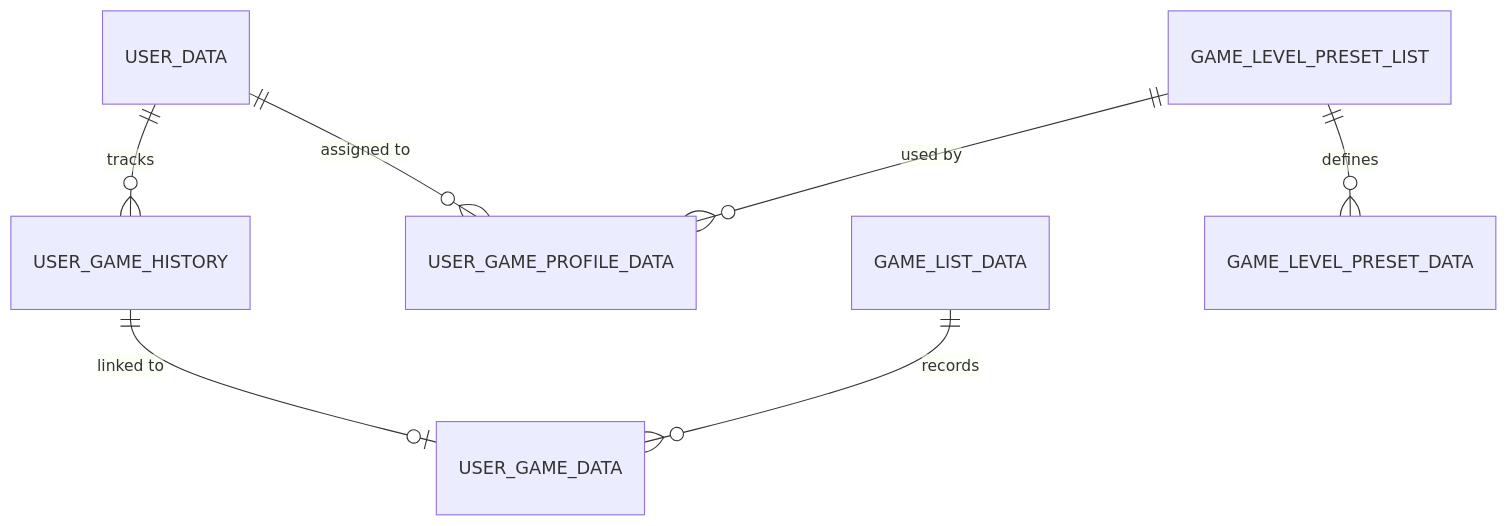
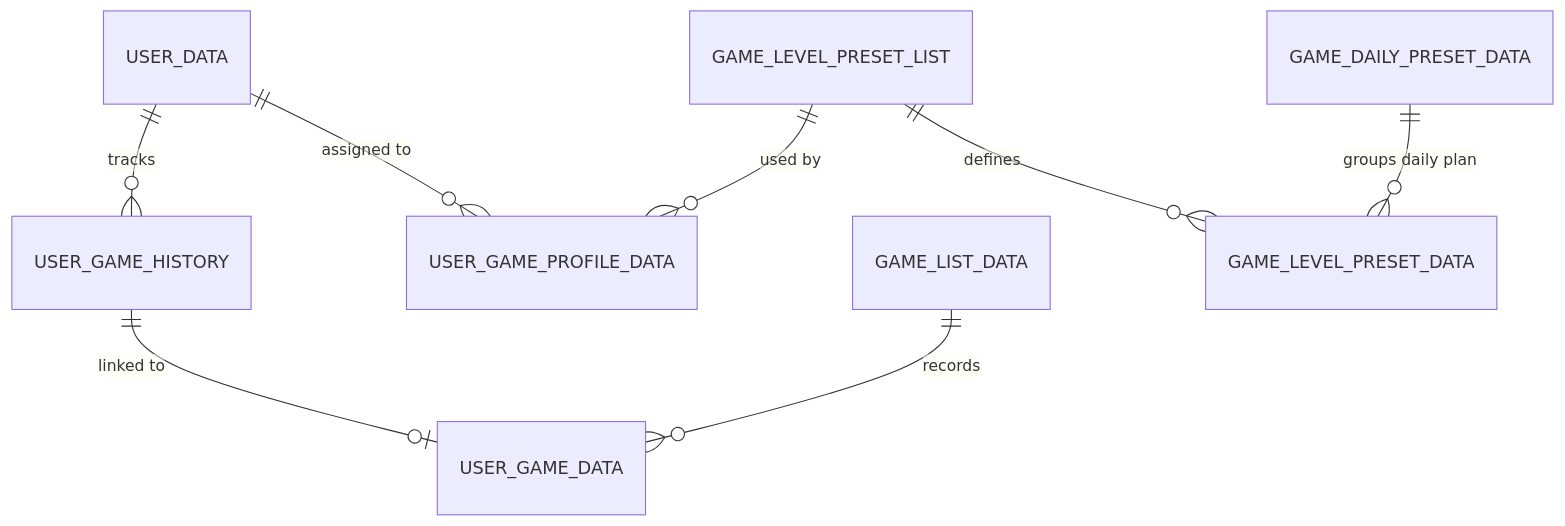
One commit to ChayutChanmueang/mci-cognitive-game-hub-dev-deploy changed the first of 2 diagrams in docs/software/03-data-schema.md. Above: the diagram before and after it, drawn with Mermaid. The commit also changed other lines of this file and 9 other files, not shown here.

````diff
--- a/docs/software/03-data-schema.md
+++ b/docs/software/03-data-schema.md
@@ -11,9 +11,10 @@
 ```mermaid
 erDiagram
     USER_DATA ||--o{ USER_GAME_HISTORY : "tracks"
     USER_DATA ||--o{ USER_GAME_PROFILE_DATA : "assigned to"
     USER_GAME_HISTORY ||--o| USER_GAME_DATA : "linked to"
     GAME_LIST_DATA ||--o{ USER_GAME_DATA : "records"
     GAME_LEVEL_PRESET_LIST ||--o{ GAME_LEVEL_PRESET_DATA : "defines"
     GAME_LEVEL_PRESET_LIST ||--o{ USER_GAME_PROFILE_DATA : "used by"
+    GAME_DAILY_PRESET_DATA ||--o{ GAME_LEVEL_PRESET_DATA : "groups daily plan"
 ```
````
